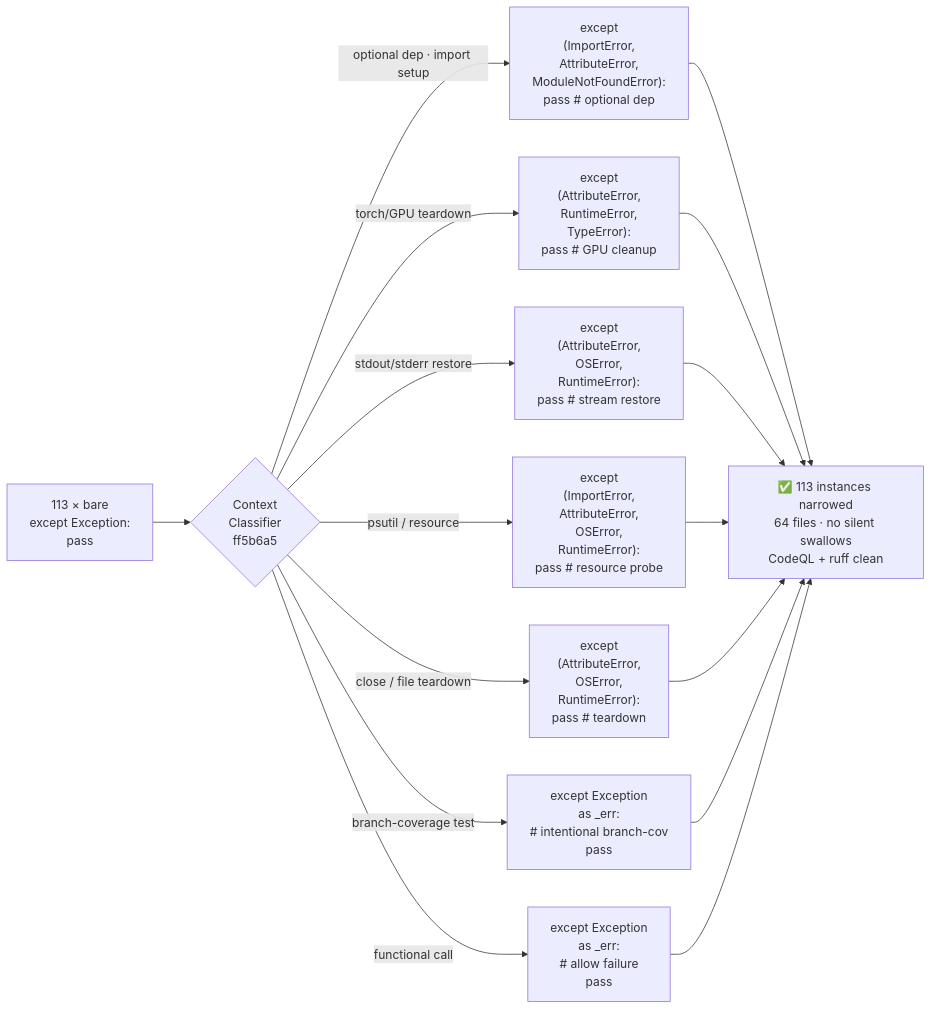
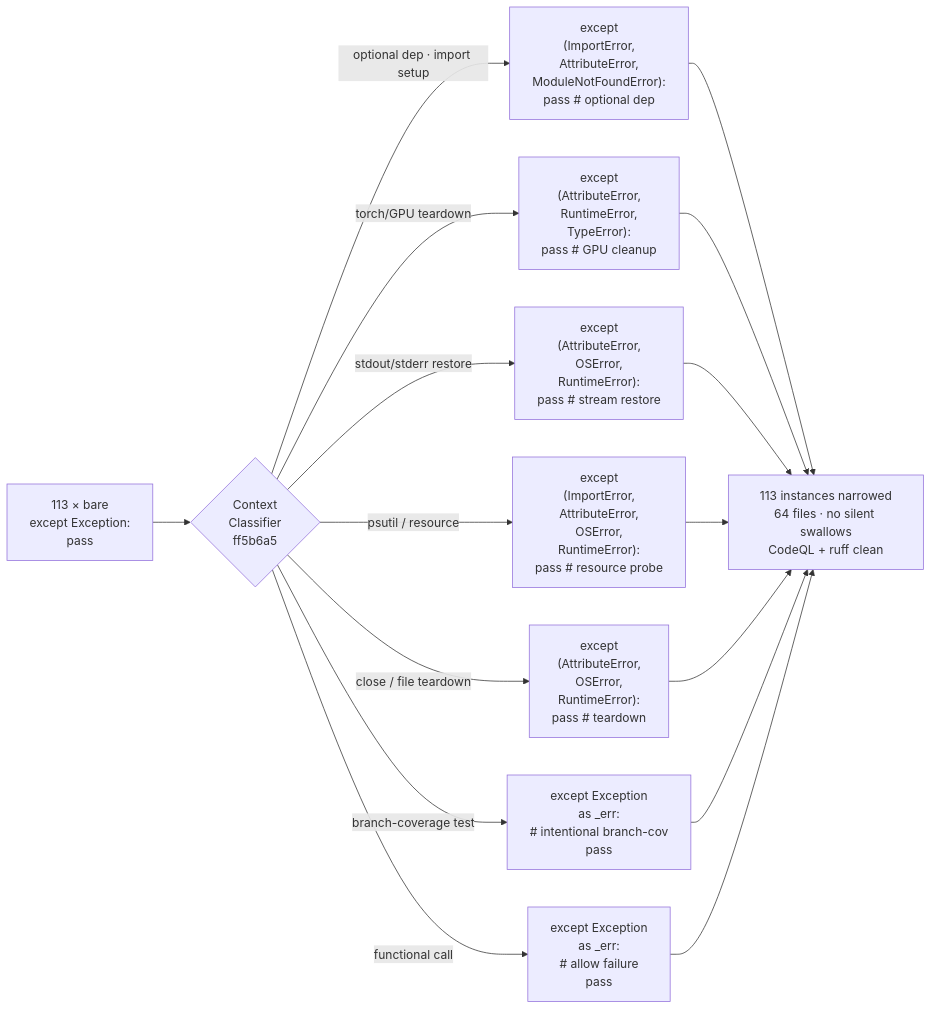
One commit to Aries-Serpent/_codex_ changed the sixth of 28 diagrams in docs/sessions/PR4289_session_diagram.md. Above: the diagram before and after it, drawn with Mermaid. The commit also changed other lines of this file and 2029 other files, not shown here.

````diff
--- a/docs/sessions/PR4289_session_diagram.md
+++ b/docs/sessions/PR4289_session_diagram.md
@@ -291,21 +293,21 @@
 ```mermaid
 %%{init: {'accessibility': {'title': 'Flowchart showing "113 × bare\nexcept Exception:\npass", "except\n(ImportError,\nAttributeError,\nModuleNotFoundError):\npass  # optional dep"'}}%%
 flowchart LR
     INPUT["113 × bare\nexcept Exception:\npass"] --> CLASSIFY{"Context\nClassifier\nff5b6a5"}
 
     CLASSIFY -->|optional dep · import setup| N1["except\n(ImportError,\nAttributeError,\nModuleNotFoundError):\npass  # optional dep"]
 
     CLASSIFY -->|torch/GPU teardown| N2["except\n(AttributeError,\nRuntimeError,\nTypeError):\npass  # GPU cleanup"]
 
     CLASSIFY -->|stdout/stderr restore| N3["except\n(AttributeError,\nOSError,\nRuntimeError):\npass  # stream restore"]
 
     CLASSIFY -->|psutil / resource| N4["except\n(ImportError,\nAttributeError,\nOSError,\nRuntimeError):\npass  # resource probe"]
 
     CLASSIFY -->|close / file teardown| N5["except\n(AttributeError,\nOSError,\nRuntimeError):\npass  # teardown"]
 
     CLASSIFY -->|branch-coverage test| N6["except Exception\nas _err:\n# intentional branch-cov\npass"]
 
     CLASSIFY -->|functional call| N7["except Exception\nas _err:\n# allow failure\npass"]
 
-    N1 & N2 & N3 & N4 & N5 & N6 & N7 --> RESULT["✅ 113 instances narrowed\n64 files · no silent swallows\nCodeQL + ruff clean"]
+    N1 & N2 & N3 & N4 & N5 & N6 & N7 --> RESULT[" 113 instances narrowed\n64 files · no silent swallows\nCodeQL + ruff clean"]
 ```
````
